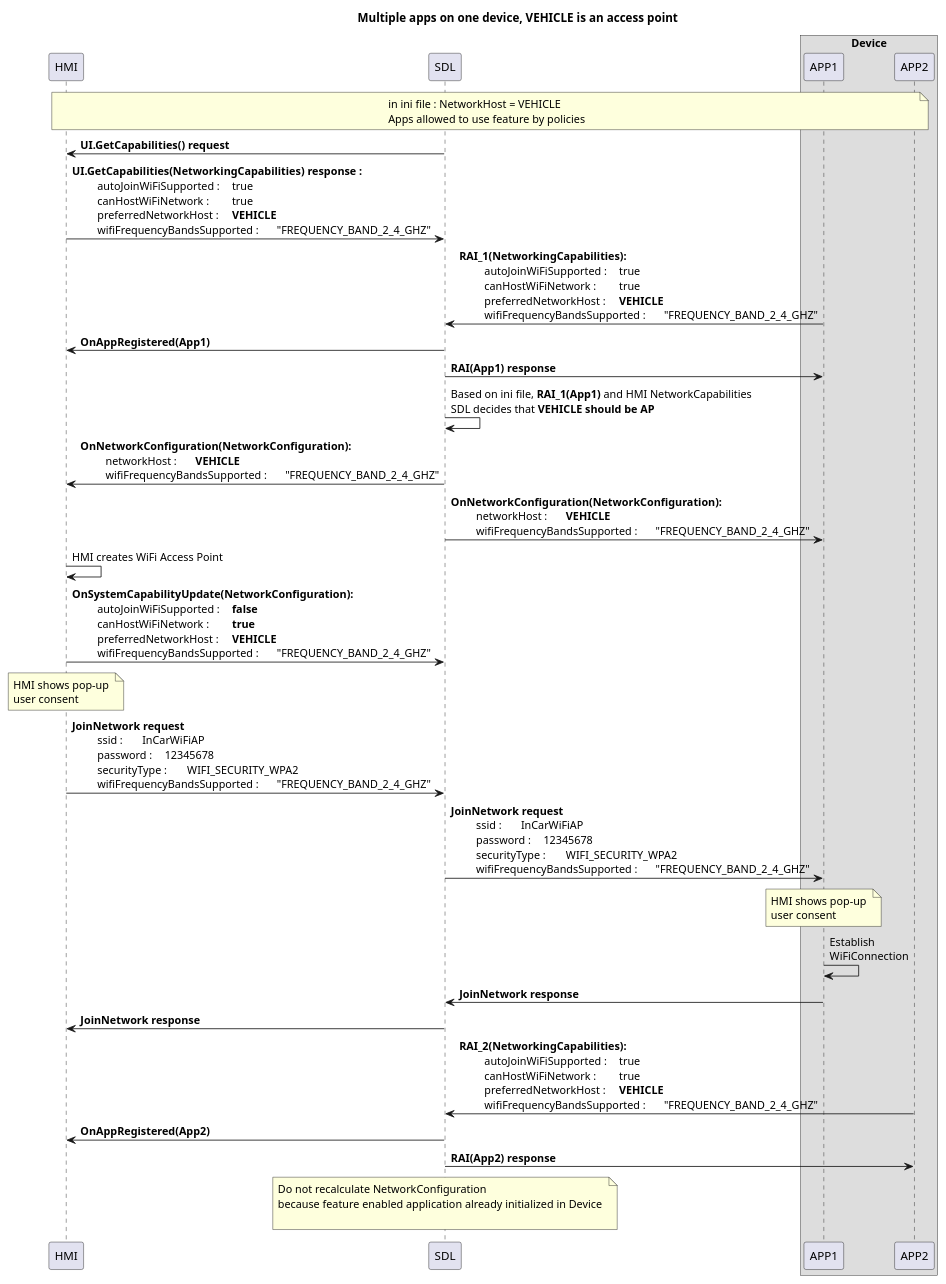
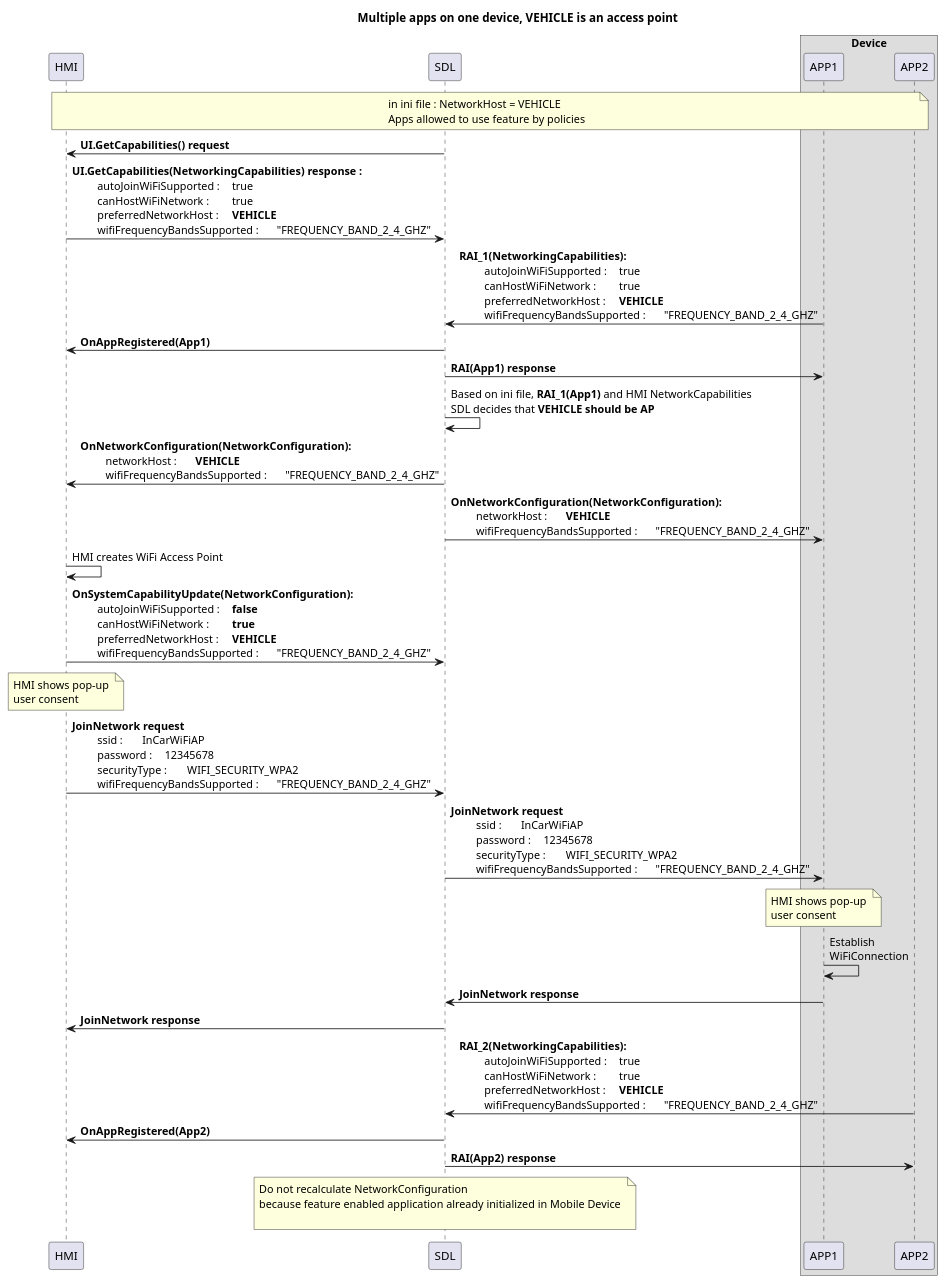
One commit to smartdevicelink/sdl_evolution changed the diagram in assets/proposals/0245-sharing-wifi-ssid-and-password/vehicle_access_point_multiapps.puml. Above: the diagram before and after it, drawn with PlantUML. The commit also changed 3 other files, not shown here.

```diff
--- a/assets/proposals/0245-sharing-wifi-ssid-and-password/vehicle_access_point_multiapps.puml
+++ b/assets/proposals/0245-sharing-wifi-ssid-and-password/vehicle_access_point_multiapps.puml
@@ -1,90 +1,90 @@
 @startuml
 !pragma teoz true
 
 
 title Multiple apps on one device, VEHICLE is an access point
 participant HMI
 participant SDL
 box "Device"
 participant APP1
 participant APP2
 end box
 
 note over HMI, APP2: in ini file : NetworkHost = VEHICLE \n\
 Apps allowed to use feature by policies
 
 SDL -> HMI : <b>UI.GetCapabilities() request
 HMI -> SDL : <b>UI.GetCapabilities(NetworkingCapabilities) response : \n\
 \t autoJoinWiFiSupported : \t true \n\
 \t canHostWiFiNetwork : \t true \n\
 \t preferredNetworkHost : \t **VEHICLE** \n\
 \t wifiFrequencyBandsSupported : \t "FREQUENCY_BAND_2_4_GHZ" 
 
 
 APP1 -> SDL : <b>RAI_1(NetworkingCapabilities): \n\
 \t autoJoinWiFiSupported : \t true \n\
 \t canHostWiFiNetwork : \t true \n\
 \t preferredNetworkHost : \t **VEHICLE** \n\
 \t wifiFrequencyBandsSupported : \t "FREQUENCY_BAND_2_4_GHZ" 
 
 SDL -> HMI : <b>OnAppRegistered(App1) 
 SDL -> APP1 : <b>RAI(App1) response 
 
 SDL -> SDL : Based on ini file, **RAI_1(App1)** and HMI NetworkCapabilities\n\
 SDL decides that **VEHICLE should be AP** 
 
 SDL -> HMI:  <b>OnNetworkConfiguration(NetworkConfiguration): \n\
 \t networkHost : \t **VEHICLE** \n\
 \t wifiFrequencyBandsSupported : \t "FREQUENCY_BAND_2_4_GHZ" 
 
 SDL -> APP1:  <b>OnNetworkConfiguration(NetworkConfiguration): \n\
 \t networkHost : \t **VEHICLE** \n\
 \t wifiFrequencyBandsSupported : \t "FREQUENCY_BAND_2_4_GHZ"
 
 
 HMI -> HMI : HMI creates WiFi Access Point
 
 HMI -> SDL:  <b>OnSystemCapabilityUpdate(NetworkConfiguration): \n\
 \t autoJoinWiFiSupported : \t **false** \n\
 \t canHostWiFiNetwork : \t **true**  \n\
 \t preferredNetworkHost : \t **VEHICLE** \n\
 \t wifiFrequencyBandsSupported : \t "FREQUENCY_BAND_2_4_GHZ" 
 
 note over HMI: HMI shows pop-up \n\
 user consent 
 
 HMI -> SDL: <b>JoinNetwork request \n\
 \t ssid : \t InCarWiFiAP \n\
 \t password : \t 12345678 \n\
 \t securityType : \t WIFI_SECURITY_WPA2 \n\
 \t wifiFrequencyBandsSupported : \t "FREQUENCY_BAND_2_4_GHZ" 
 
 SDL -> APP1: <b>JoinNetwork request \n\
 \t ssid : \t InCarWiFiAP \n\
 \t password : \t 12345678 \n\
 \t securityType : \t WIFI_SECURITY_WPA2 \n\
 \t wifiFrequencyBandsSupported : \t "FREQUENCY_BAND_2_4_GHZ" 
 
 note over APP1: HMI shows pop-up \n\
 user consent 
 
 APP1 -> APP1 : Establish  \n\
 WiFiConnection
 
 APP1 -> SDL : <b>JoinNetwork response
 SDL -> HMI : <b>JoinNetwork response
 
 APP2 -> SDL : <b>RAI_2(NetworkingCapabilities): \n\
 \t autoJoinWiFiSupported : \t true \n\
 \t canHostWiFiNetwork : \t true \n\
 \t preferredNetworkHost : \t **VEHICLE** \n\
 \t wifiFrequencyBandsSupported : \t "FREQUENCY_BAND_2_4_GHZ" 
 
 
 SDL -> HMI : <b>OnAppRegistered(App2) 
 SDL -> APP2 : <b>RAI(App2) response 
 
 note over SDL : Do not recalculate NetworkConfiguration \n\
-because feature enabled application already initialized in Device \n\
+because feature enabled application already initialized in Mobile Device \n\
 
 @enduml
```
